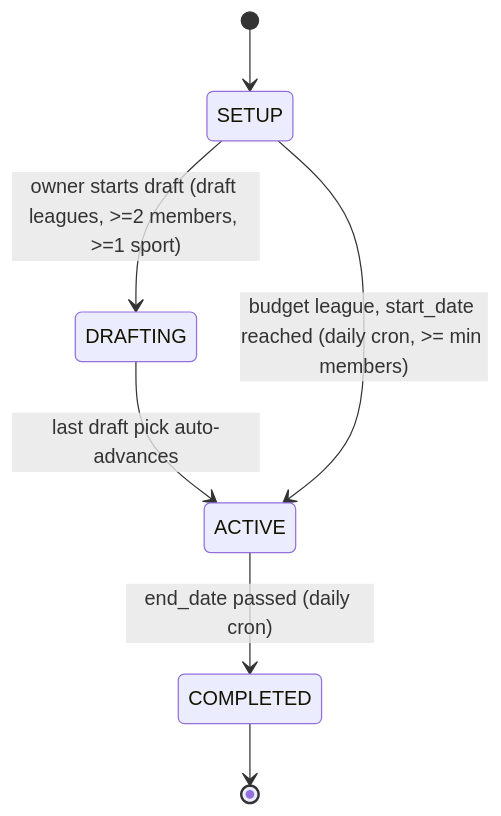
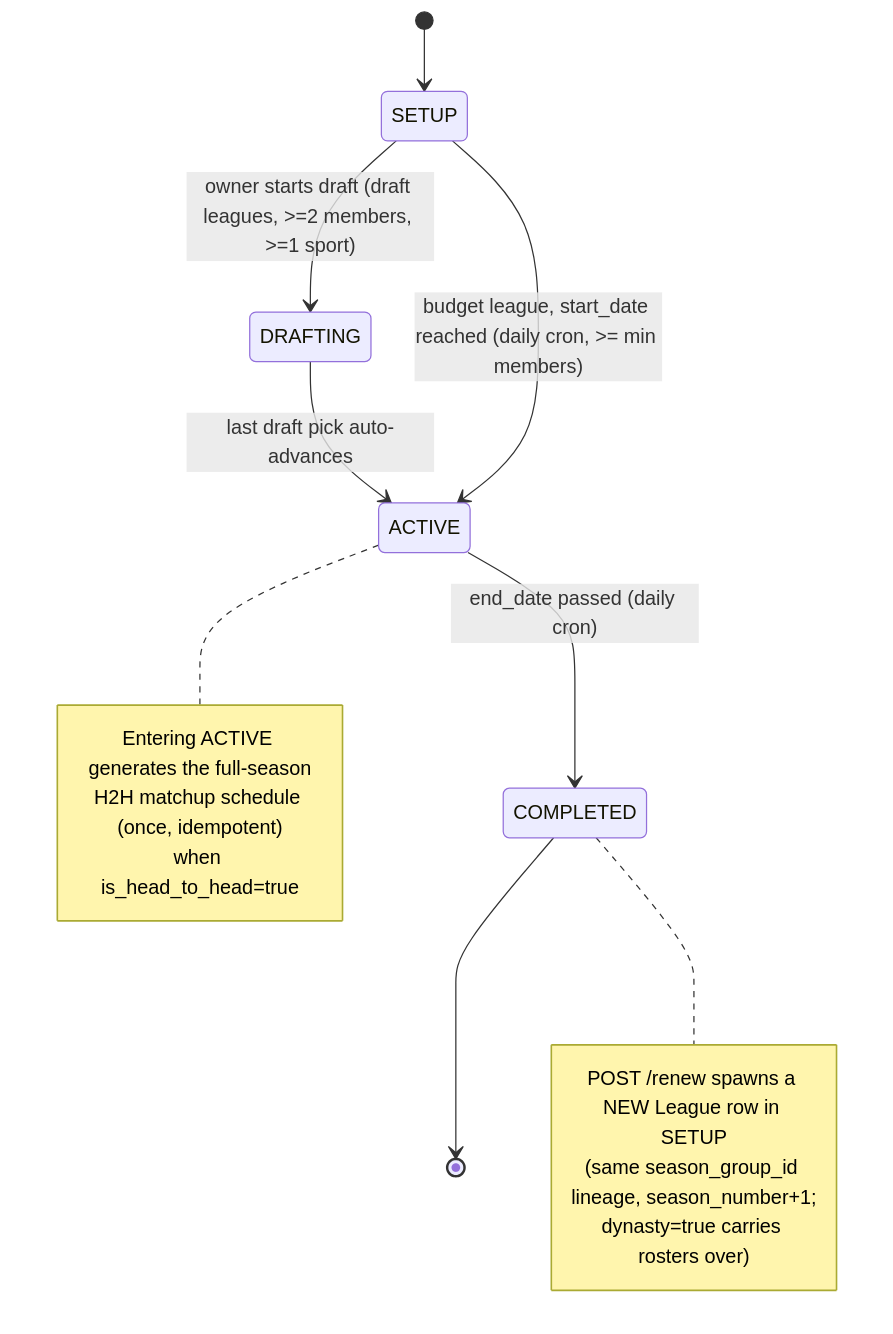
One commit to sam0690/Sporty changed the first of 7 diagrams in diagrams/07_state_diagram.md. Above: the diagram before and after it, drawn with Mermaid. The commit also changed other lines of this file and 16 other files, not shown here.

````diff
--- a/diagrams/07_state_diagram.md
+++ b/diagrams/07_state_diagram.md
@@ -5,9 +5,20 @@
 ```mermaid
 stateDiagram-v2
     [*] --> SETUP
     SETUP --> DRAFTING : owner starts draft (draft leagues, >=2 members, >=1 sport)
     DRAFTING --> ACTIVE : last draft pick auto-advances
     SETUP --> ACTIVE : budget league, start_date reached (daily cron, >= min members)
     ACTIVE --> COMPLETED : end_date passed (daily cron)
     COMPLETED --> [*]
+
+    note right of ACTIVE
+        Entering ACTIVE generates the full-season
+        H2H matchup schedule (once, idempotent)
+        when is_head_to_head=true
+    end note
+    note right of COMPLETED
+        POST /renew spawns a NEW League row in SETUP
+        (same season_group_id lineage, season_number+1;
+        dynasty=true carries rosters over)
+    end note
 ```
````
